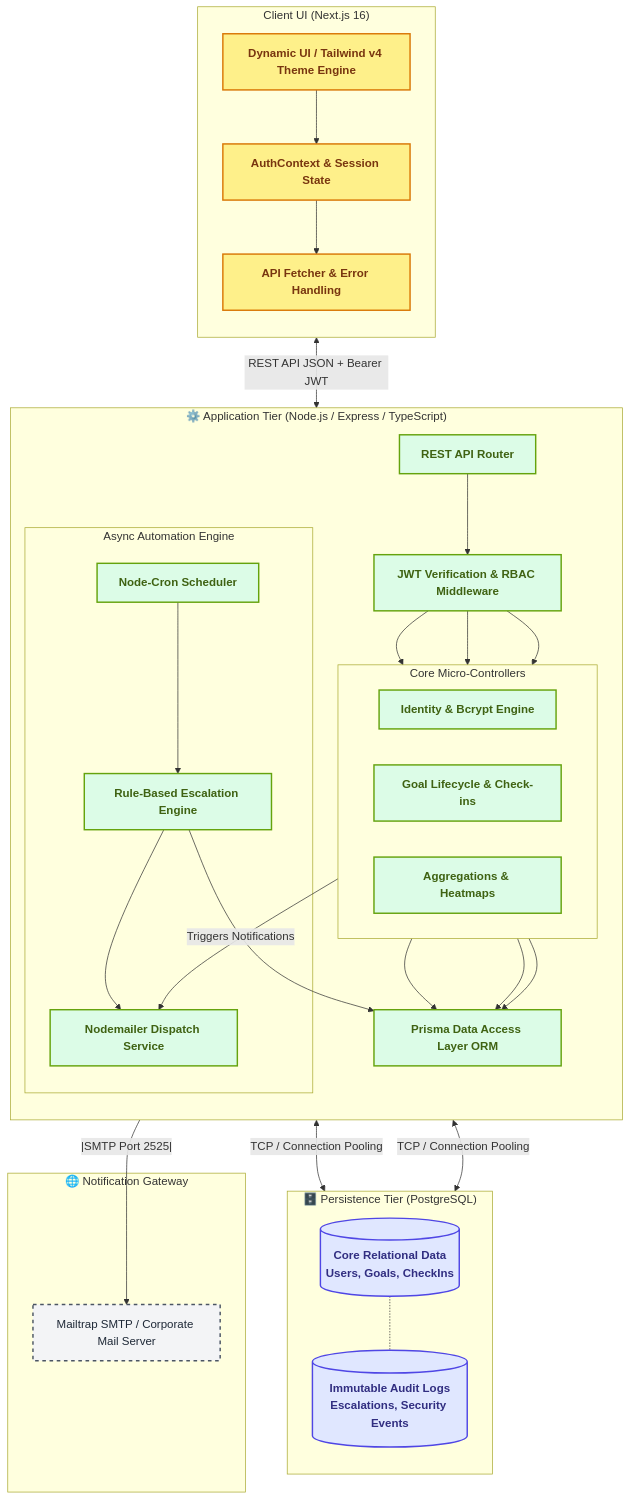
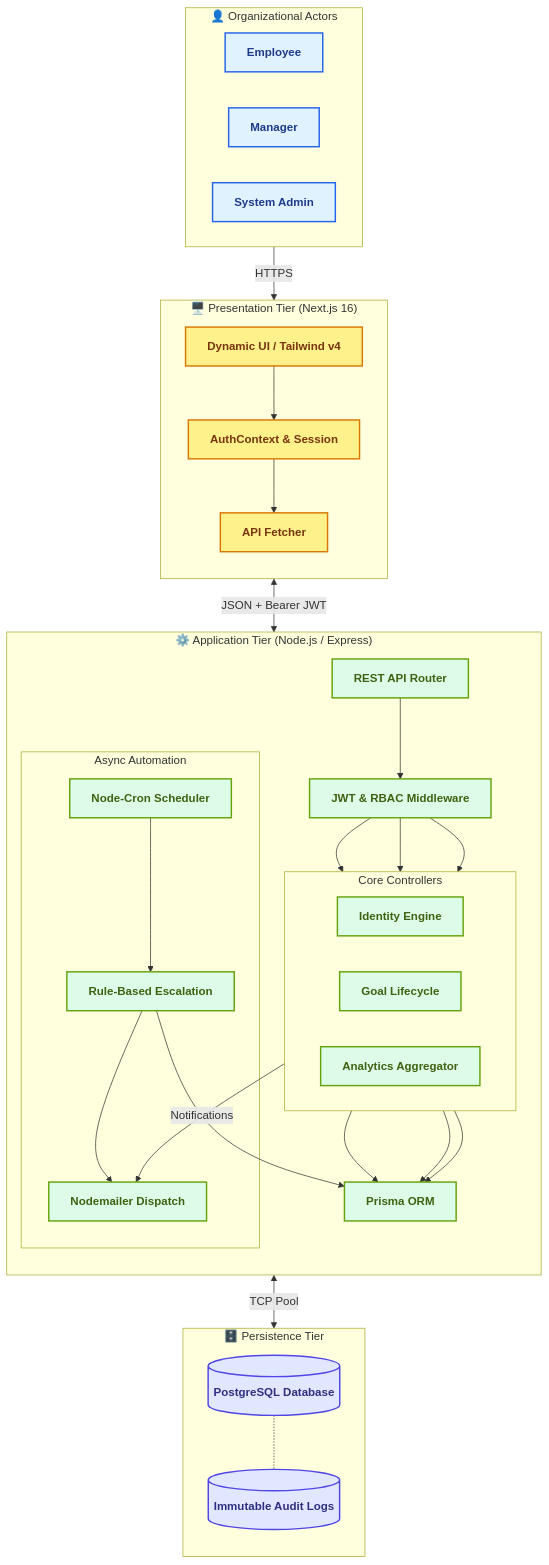
Before and after one commit to oGranny/atomquest: the diagram in README.md, drawn with Mermaid. The commit also changed other lines of this file and 4 other files, not shown here.

````diff
--- a/README.md
+++ b/README.md
@@ -3,75 +12,73 @@
 ```mermaid
 flowchart TB
     %% Styling Definitions
-%%  classDef actor fill:#e0f2fe,stroke:#2563eb,stroke-width:2px,color:#1e3a8a,font-weight:bold
+    classDef actor fill:#e0f2fe,stroke:#2563eb,stroke-width:2px,color:#1e3a8a,font-weight:bold
     classDef frontend fill:#fef08a,stroke:#d97706,stroke-width:2px,color:#78350f,font-weight:bold
     classDef backend fill:#dcfce7,stroke:#65a30d,stroke-width:2px,color:#3f6212,font-weight:bold
     classDef database fill:#e0e7ff,stroke:#4f46e5,stroke-width:2px,color:#312e81,font-weight:bold
     classDef external fill:#f3f4f6,stroke:#4b5563,stroke-width:2px,color:#1f2937,stroke-dasharray: 5 5
 
     %% Actor Layer
+    subgraph Actors ["👤 Organizational Actors"]
+        direction LR
+        Emp[Employee]:::actor
+        Mgr[Manager]:::actor
+        Adm[System Admin]:::actor
+    end
 
     %% Client/Presentation Tier
-    subgraph ClientTier ["Client UI (Next.js 16)"]
+    subgraph ClientTier ["🖥️ Presentation Tier (Next.js 16)"]
         direction TB
-        UI[Dynamic UI / Tailwind v4 Theme Engine]:::frontend
-        State[AuthContext & Session State]:::frontend
-        Fetcher[API Fetcher & Error Handling]:::frontend
-
+        UI[Dynamic UI / Tailwind v4]:::frontend
+        State[AuthContext & Session]:::frontend
+        Fetcher[API Fetcher]:::frontend
+        
         UI --> State
         State --> Fetcher
     end
 
     %% API/Application Tier
-    subgraph AppTier ["⚙️ Application Tier (Node.js / Express / TypeScript)"]
+    subgraph AppTier ["⚙️ Application Tier (Node.js / Express)"]
         direction TB
         APIGateway[REST API Router]:::backend
-        Security[JWT Verification & RBAC Middleware]:::backend
-
-        subgraph BusinessLogic ["Core Micro-Controllers"]
+        Security[JWT & RBAC Middleware]:::backend
+        
+        subgraph BusinessLogic ["Core Controllers"]
             direction LR
-            AuthSvc[Identity & Bcrypt Engine]:::backend
-            GoalSvc[Goal Lifecycle & Check-ins]:::backend
-            AnalyticSvc[Aggregations & Heatmaps]:::backend
+            AuthSvc[Identity Engine]:::backend
+            GoalSvc[Goal Lifecycle]:::backend
+            AnalyticSvc[Analytics Aggregator]:::backend
         end
-
-        subgraph BackgroundProcess ["Async Automation Engine"]
+        
+        subgraph BackgroundProcess ["Async Automation"]
             Cron[Node-Cron Scheduler]:::backend
-            Escalation[Rule-Based Escalation Engine]:::backend
-            EmailSvc[Nodemailer Dispatch Service]:::backend
-
+            Escalation[Rule-Based Escalation]:::backend
+            EmailSvc[Nodemailer Dispatch]:::backend
+            
             Cron --> Escalation
             Escalation --> EmailSvc
         end
 
-        DAL[Prisma Data Access Layer ORM]:::backend
+        DAL[Prisma ORM]:::backend
 
         APIGateway --> Security
         Security --> AuthSvc & GoalSvc & AnalyticSvc
-        GoalSvc -- Triggers Notifications --> EmailSvc
+        GoalSvc -- Notifications --> EmailSvc
         AuthSvc & GoalSvc & AnalyticSvc --> DAL
         Escalation --> DAL
     end
 
     %% Data Tier
-    subgraph DataTier ["🗄️ Persistence Tier (PostgreSQL)"]
+    subgraph DataTier ["🗄️ Persistence Tier"]
         direction TB
-        PG[(Core Relational Data\nUsers, Goals, CheckIns)]:::database
-        Audit[(Immutable Audit Logs\nEscalations, Security Events)]:::database
-
+        PG[(PostgreSQL Database)]:::database
+        Audit[(Immutable Audit Logs)]:::database
+        
         PG -.- Audit
     end
 
-    %% External Integrations
-    subgraph External ["🌐 Notification Gateway"]
-        SMTP[Mailtrap SMTP / Corporate Mail Server]:::external
-    end
-
     %% Network Connections
-    Fetcher <-->|REST API JSON + Bearer JWT| APIGateway
-
-    EmailSvc --|SMTP Port 2525|--> SMTP
-
-    DAL <-->|TCP / Connection Pooling| PG
-    DAL <-->|TCP / Connection Pooling| Audit
+    Actors -->|HTTPS| UI
+    Fetcher <-->|JSON + Bearer JWT| APIGateway
+    DAL <-->|TCP Pool| PG
 ```
````
